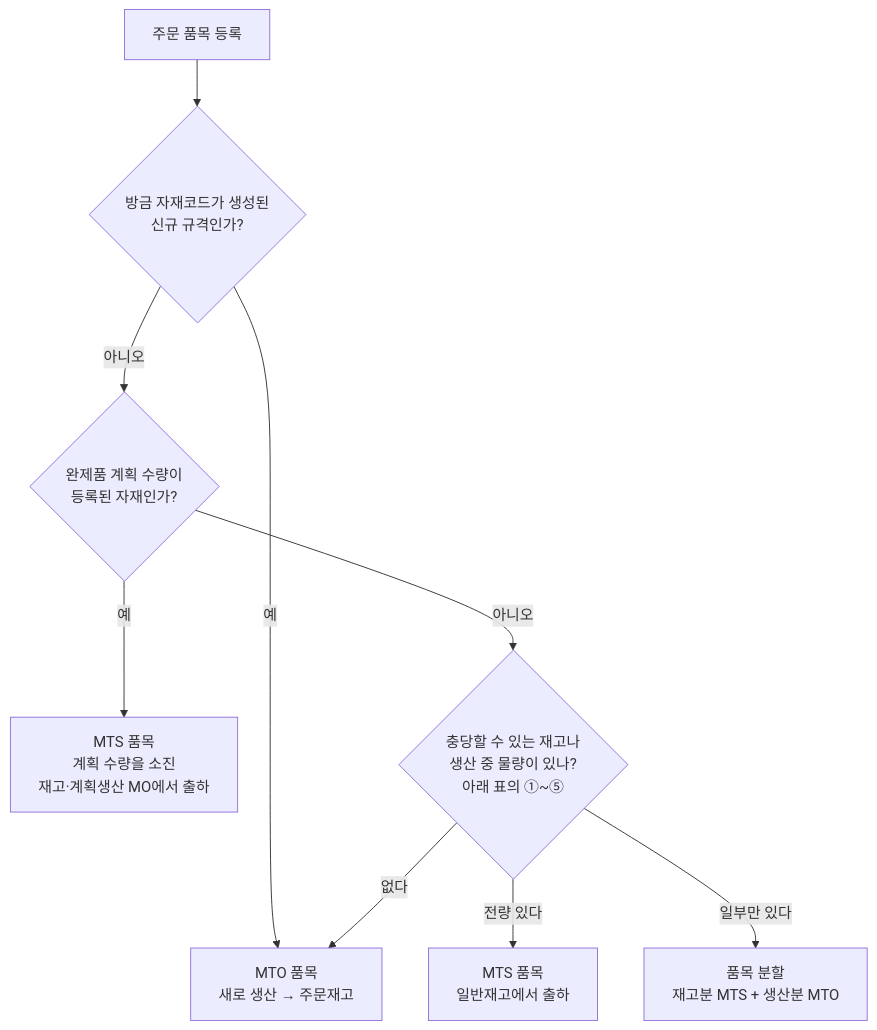
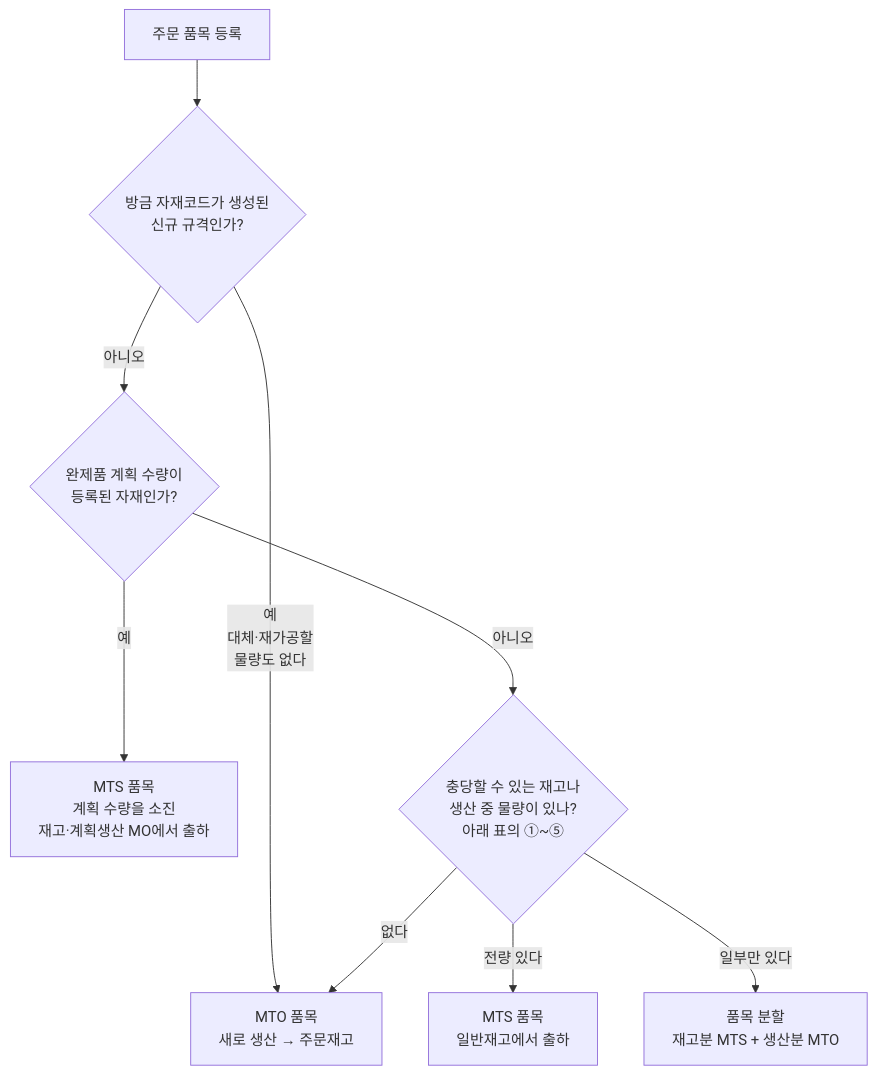
One commit to donseok/mes-to-be-doc changed the fourth of 11 diagrams in docs/mto-mts-hybrid-analysis.md. Above: the diagram before and after it, drawn with Mermaid. The commit also changed other lines of this file and 33 other files, not shown here.

````diff
--- a/docs/mto-mts-hybrid-analysis.md
+++ b/docs/mto-mts-hybrid-analysis.md
@@ -188,11 +188,11 @@
 ```mermaid
 flowchart TD
   S["주문 품목 등록"] --> Q1{"방금 자재코드가 생성된<br/>신규 규격인가?"}
-  Q1 -->|"예"| MTO["MTO 품목<br/>새로 생산 → 주문재고"]
+  Q1 -->|"예<br/>대체·재가공할<br/>물량도 없다"| MTO["MTO 품목<br/>새로 생산 → 주문재고"]
   Q1 -->|"아니오"| Q0{"완제품 계획 수량이<br/>등록된 자재인가?"}
   Q0 -->|"예"| MTSP["MTS 품목<br/>계획 수량을 소진<br/>재고·계획생산 MO에서 출하"]
   Q0 -->|"아니오"| Q2{"충당할 수 있는 재고나<br/>생산 중 물량이 있나?<br/>아래 표의 ①~⑤"}
   Q2 -->|"전량 있다"| MTS["MTS 품목<br/>일반재고에서 출하"]
   Q2 -->|"일부만 있다"| SPLIT["품목 분할<br/>재고분 MTS + 생산분 MTO"]
   Q2 -->|"없다"| MTO
 ```
````
